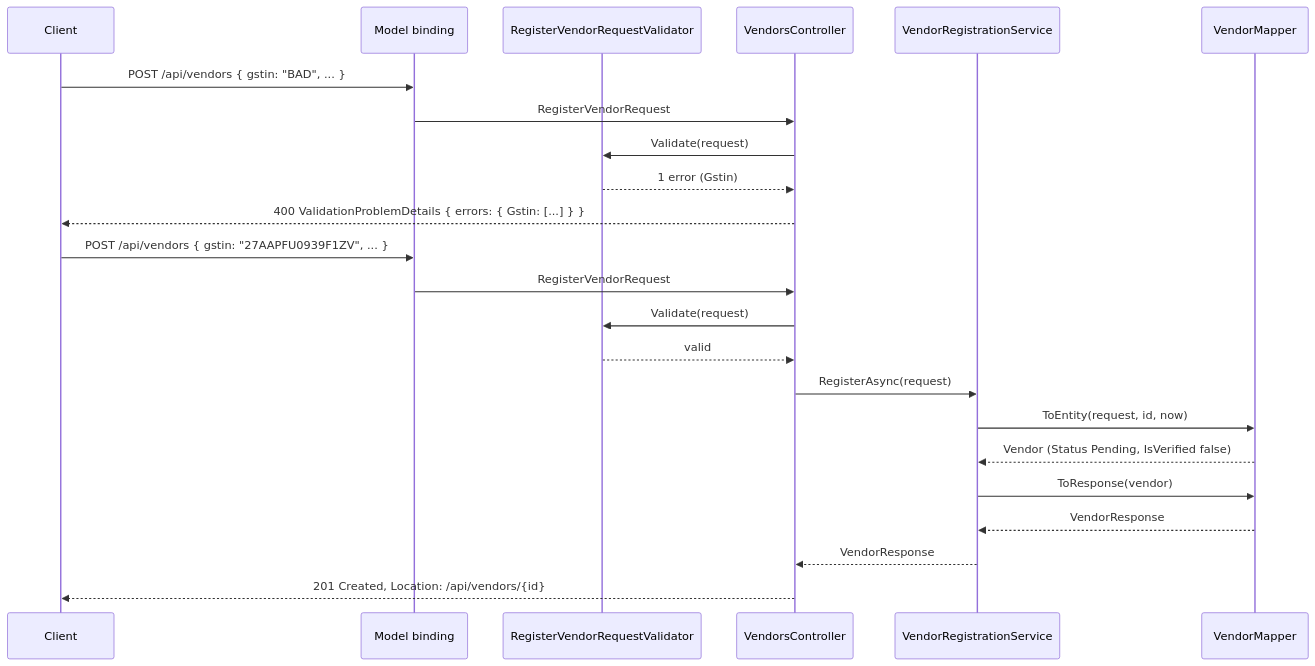
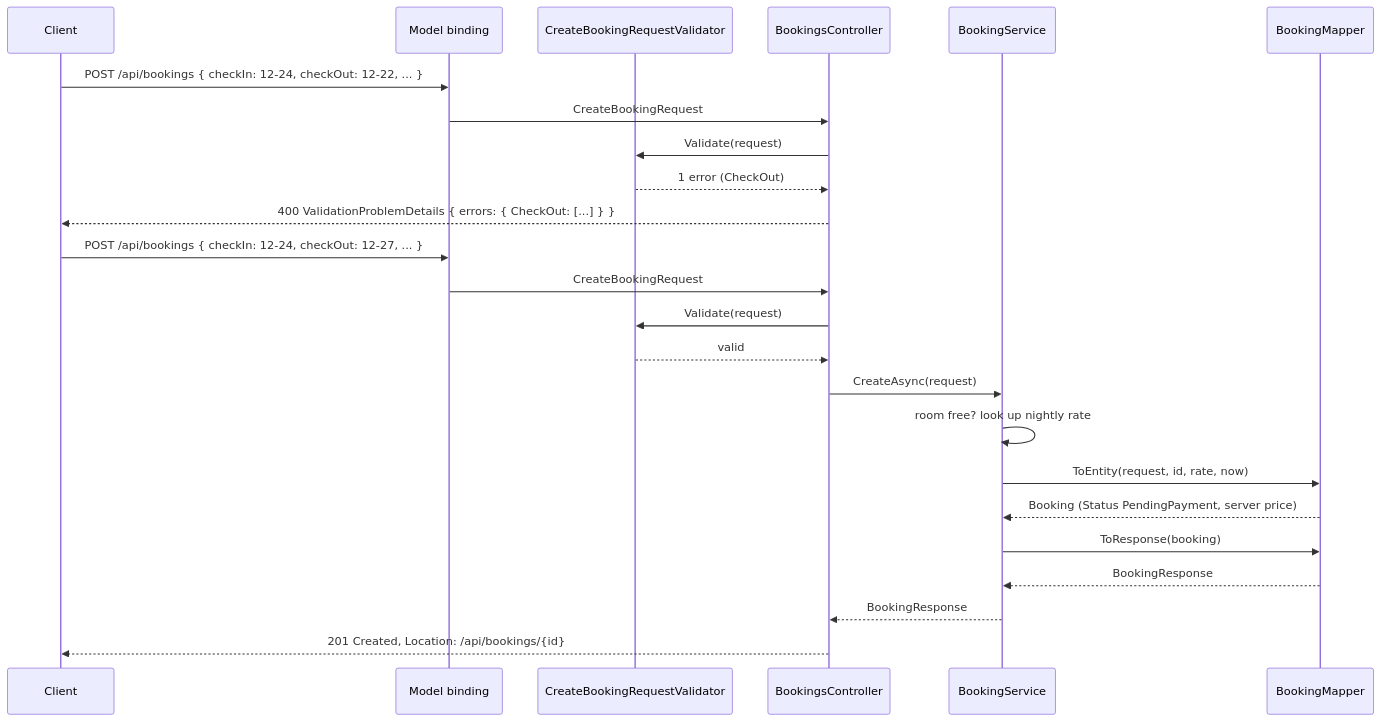
The second of 2 diagrams in content/lessons/m03/m03-dtos-mapping-validation.md (rizwi0786/system-design-lab), drawn with Mermaid before and after one commit. The commit also changed other lines of this file and 334 other files, not shown here.

````diff
--- a/content/lessons/m03/m03-dtos-mapping-validation.md
+++ b/content/lessons/m03/m03-dtos-mapping-validation.md
@@ -203,25 +216,26 @@
 ```mermaid
 sequenceDiagram
     participant C as Client
     participant MB as Model binding
-    participant V as RegisterVendorRequestValidator
-    participant Ctrl as VendorsController
-    participant Svc as VendorRegistrationService
-    participant M as VendorMapper
-    C->>MB: POST /api/vendors { gstin: "BAD", ... }
-    MB->>Ctrl: RegisterVendorRequest
+    participant V as CreateBookingRequestValidator
+    participant Ctrl as BookingsController
+    participant Svc as BookingService
+    participant M as BookingMapper
+    C->>MB: POST /api/bookings { checkIn: 12-24, checkOut: 12-22, ... }
+    MB->>Ctrl: CreateBookingRequest
     Ctrl->>V: Validate(request)
-    V-->>Ctrl: 1 error (Gstin)
-    Ctrl-->>C: 400 ValidationProblemDetails { errors: { Gstin: [...] } }
-    C->>MB: POST /api/vendors { gstin: "27AAPFU0939F1ZV", ... }
-    MB->>Ctrl: RegisterVendorRequest
+    V-->>Ctrl: 1 error (CheckOut)
+    Ctrl-->>C: 400 ValidationProblemDetails { errors: { CheckOut: [...] } }
+    C->>MB: POST /api/bookings { checkIn: 12-24, checkOut: 12-27, ... }
+    MB->>Ctrl: CreateBookingRequest
     Ctrl->>V: Validate(request)
     V-->>Ctrl: valid
-    Ctrl->>Svc: RegisterAsync(request)
-    Svc->>M: ToEntity(request, id, now)
-    M-->>Svc: Vendor (Status Pending, IsVerified false)
-    Svc->>M: ToResponse(vendor)
-    M-->>Svc: VendorResponse
-    Svc-->>Ctrl: VendorResponse
-    Ctrl-->>C: 201 Created, Location: /api/vendors/{id}
+    Ctrl->>Svc: CreateAsync(request)
+    Svc->>Svc: room free? look up nightly rate
+    Svc->>M: ToEntity(request, id, rate, now)
+    M-->>Svc: Booking (Status PendingPayment, server price)
+    Svc->>M: ToResponse(booking)
+    M-->>Svc: BookingResponse
+    Svc-->>Ctrl: BookingResponse
+    Ctrl-->>C: 201 Created, Location: /api/bookings/{id}
 ```
````
